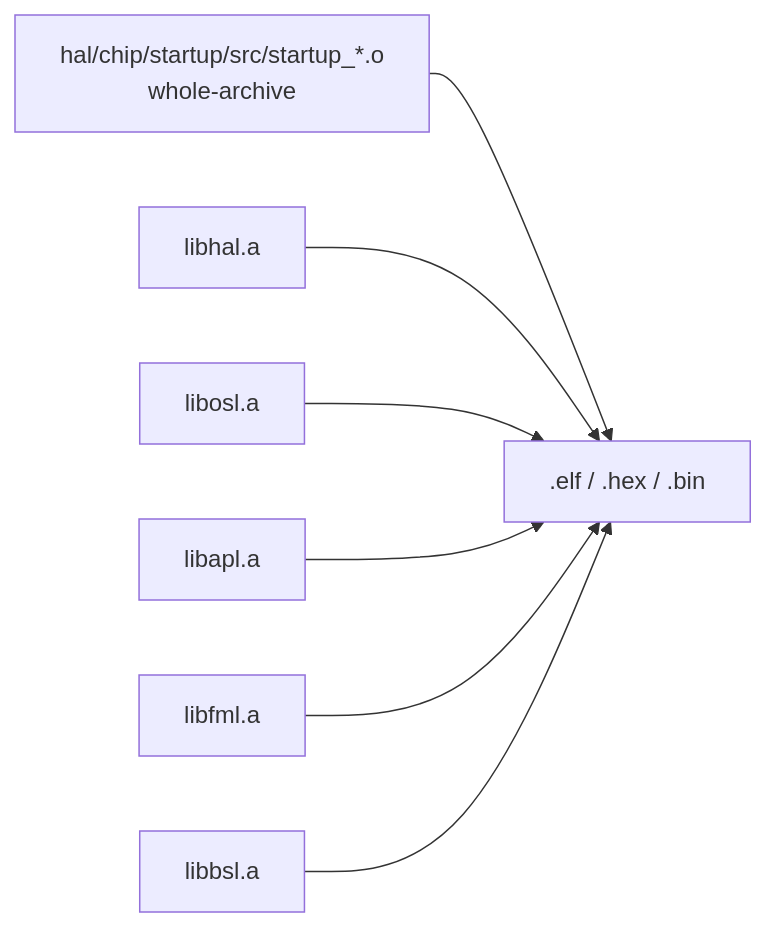
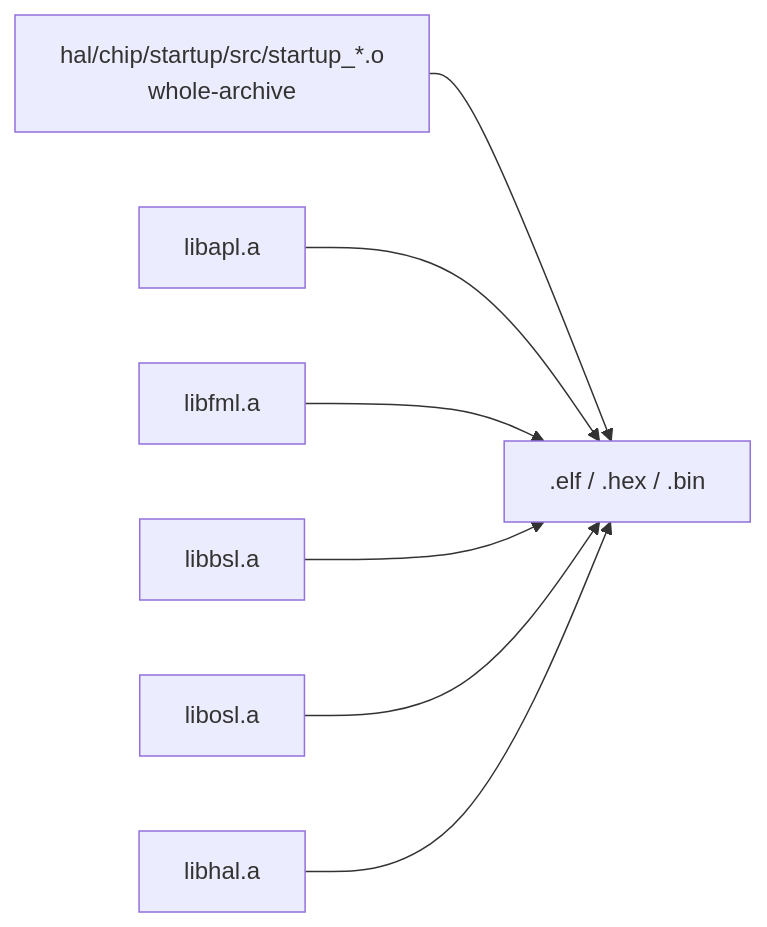
One commit to wanglinchen/stm32_freertos changed the third of 3 diagrams in .skills/设计手稿.md. Above: the diagram before and after it, drawn with Mermaid. The commit also changed other lines of this file and 27 other files, not shown here.

````diff
--- a/.skills/设计手稿.md
+++ b/.skills/设计手稿.md
@@ -95,16 +97,16 @@
 ```mermaid
 flowchart LR
     ASM["hal/chip/startup/src/startup_*.o\nwhole-archive"]
-    LH[libhal.a]
-    LO[libosl.a]
     LA[libapl.a]
     LF[libfml.a]
     LBS[libbsl.a]
+    LO[libosl.a]
+    LH[libhal.a]
     ELF[".elf / .hex / .bin"]
     ASM --> ELF
-    LH --> ELF
-    LO --> ELF
     LA --> ELF
     LF --> ELF
     LBS --> ELF
+    LO --> ELF
+    LH --> ELF
 ```
````
